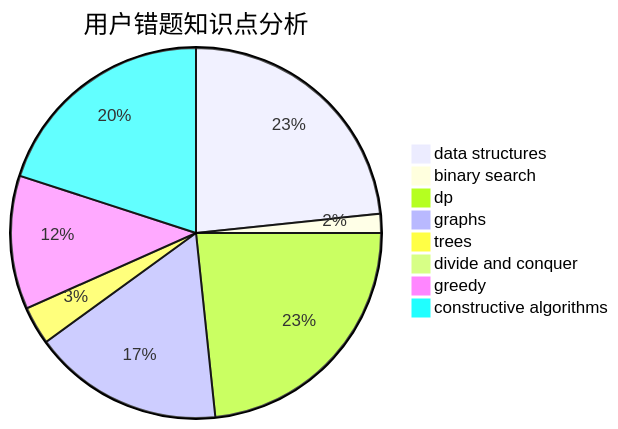
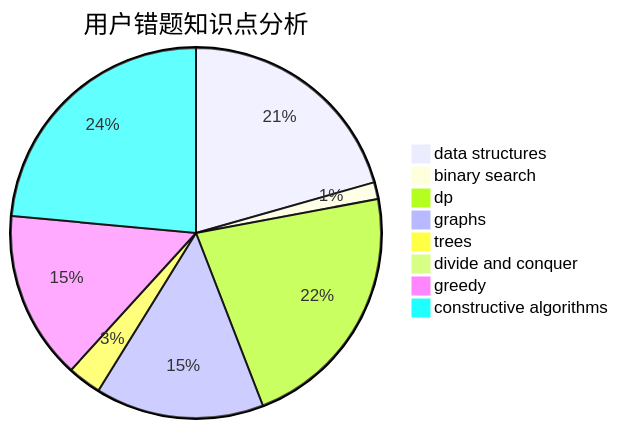
The third of 3 diagrams in docs/user/u2601.md (sherpahu/cfrs.github.io), drawn with Mermaid before and after one commit. The commit also changed other lines of this file and 2770 other files, not shown here.

````diff
--- a/docs/user/u2601.md
+++ b/docs/user/u2601.md
@@ -36,11 +36,11 @@
 ```mermaid
 pie title 用户错题知识点分析
     "data structures" :  14
     "binary search" :  1
-    "dp" :  14
+    "dp" :  15
     "graphs" :  10
     "trees" :  2
     "divide and conquer" :  0
-    "greedy" :  7
-    "constructive algorithms" :  12
+    "greedy" :  10
+    "constructive algorithms" :  16
 ```
````
